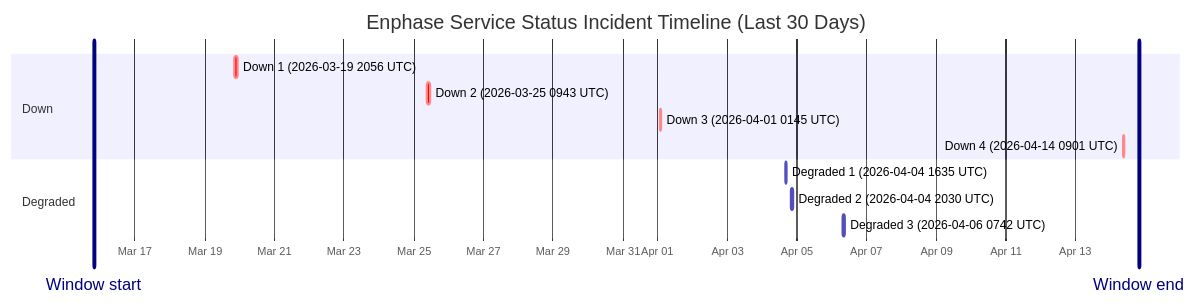
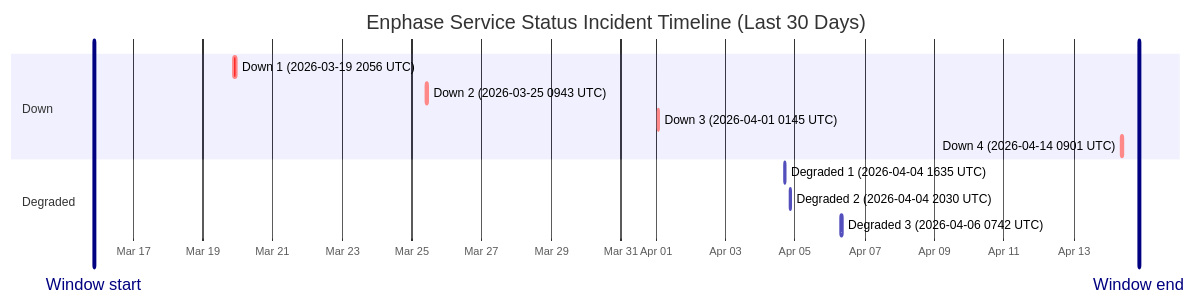
One commit to barneyonline/ha-enphase-ev-charger changed the diagram in wiki/Service-Status-History.md. Above: the diagram before and after it, drawn with Mermaid. The commit also changed other lines of this file and 3 other files, not shown here.

````diff
--- a/wiki/Service-Status-History.md
+++ b/wiki/Service-Status-History.md
@@ -14,17 +14,17 @@
 ```mermaid
 gantt
     title Enphase Service Status Incident Timeline (Last 30 Days)
     dateFormat  YYYY-MM-DDTHH:mm:ss
     axisFormat  %b %d
-    Window start :vert, window-start, 2026-03-15T19:48:21, 0ms
-    Window end :vert, window-end, 2026-04-14T19:48:21, 0ms
+    Window start :vert, window-start, 2026-03-15T20:53:16, 0ms
+    Window end :vert, window-end, 2026-04-14T20:53:16, 0ms
     section Down
     Down 1 (2026-03-19 2056 UTC) :crit, down-1, 2026-03-19T20:56:20, 145m
     Down 2 (2026-03-25 0943 UTC) :crit, down-2, 2026-03-25T09:43:28, 111m
     Down 3 (2026-04-01 0145 UTC) :crit, down-3, 2026-04-01T01:45:09, 60m
     Down 4 (2026-04-14 0901 UTC) :crit, down-4, 2026-04-14T09:01:13, 60m
     section Degraded
     Degraded 1 (2026-04-04 1635 UTC) :active, degraded-1, 2026-04-04T16:35:17, 60m
     Degraded 2 (2026-04-04 2030 UTC) :active, degraded-2, 2026-04-04T20:30:40, 60m
     Degraded 3 (2026-04-06 0742 UTC) :active, degraded-3, 2026-04-06T07:42:09, 85m
 ```
````
